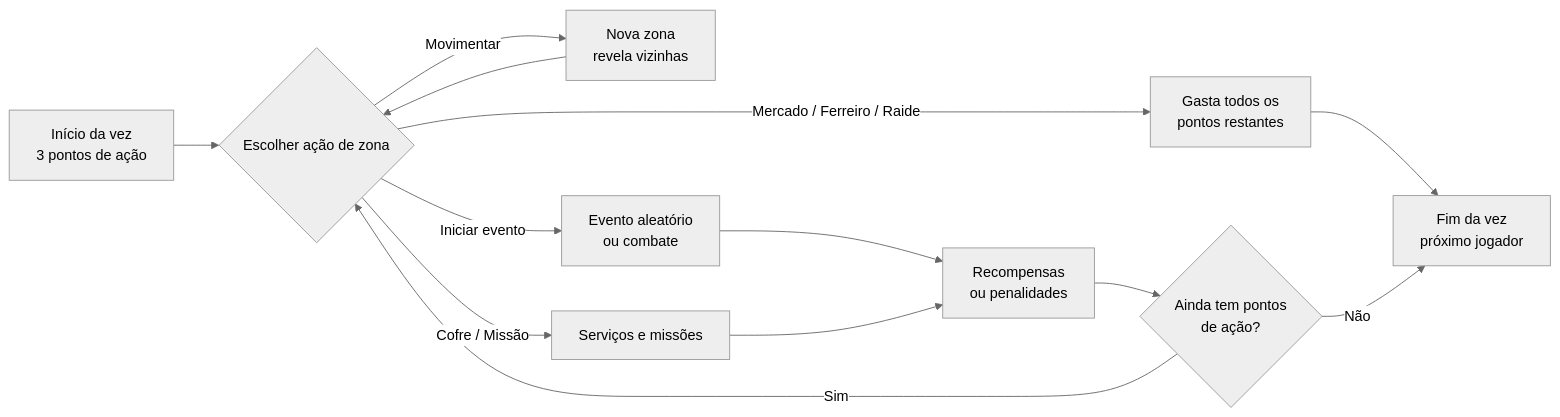
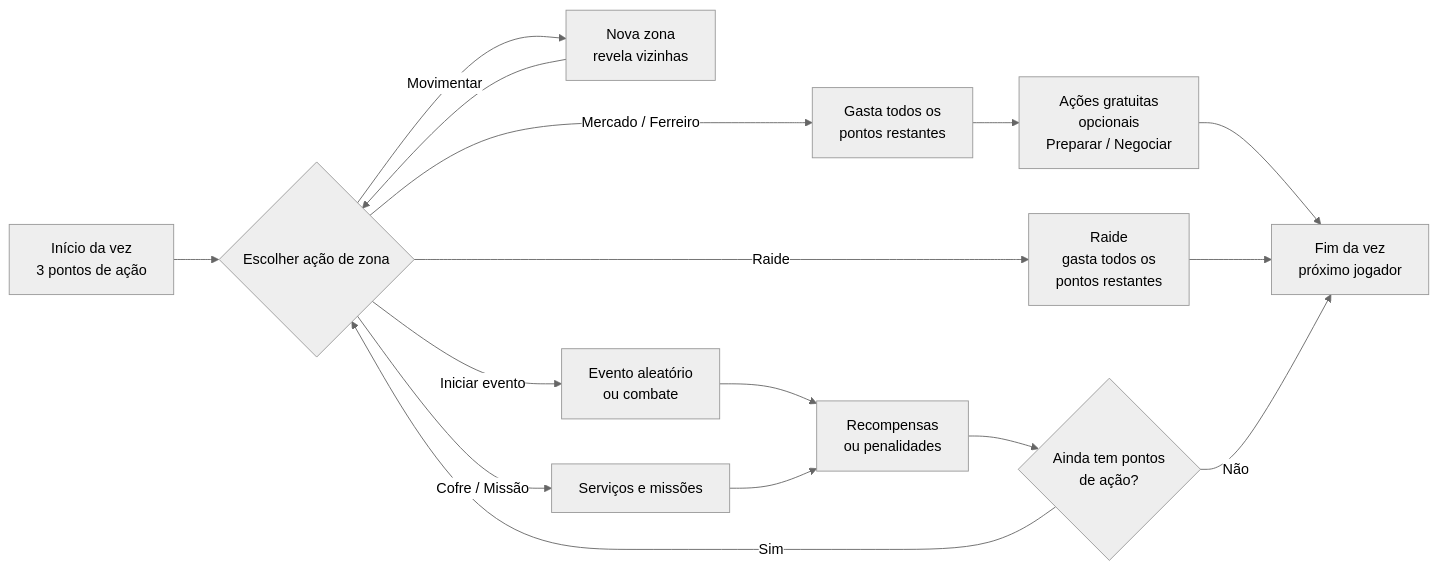
The first of 17 diagrams in docs/README.md (frnndog-suav/Misadventure_Frontend_V3), drawn with Mermaid (neutral theme) before and after one commit. The commit also changed other lines of this file, not shown here.

````diff
--- a/docs/README.md
+++ b/docs/README.md
@@ -92,15 +92,18 @@
 ```mermaid
 flowchart LR
     A[Início da vez<br/>3 pontos de ação] --> B{Escolher ação de zona}
     B -->|Movimentar| C[Nova zona<br/>revela vizinhas]
     B -->|Iniciar evento| D[Evento aleatório<br/>ou combate]
     B -->|Cofre / Missão| F[Serviços e missões]
-    B -->|Mercado / Ferreiro / Raide| E[Gasta todos os<br/>pontos restantes]
+    B -->|Mercado / Ferreiro| E[Gasta todos os<br/>pontos restantes]
+    B -->|Raide| R[Raide<br/>gasta todos os<br/>pontos restantes]
     C --> B
     D --> G[Recompensas<br/>ou penalidades]
     F --> G
-    E --> I
+    E --> K[Ações gratuitas<br/>opcionais<br/>Preparar / Negociar]
+    K --> I
+    R --> I
     G --> H{Ainda tem pontos<br/>de ação?}
     H -->|Sim| B
     H -->|Não| I[Fim da vez<br/>próximo jogador]
 ```
````
